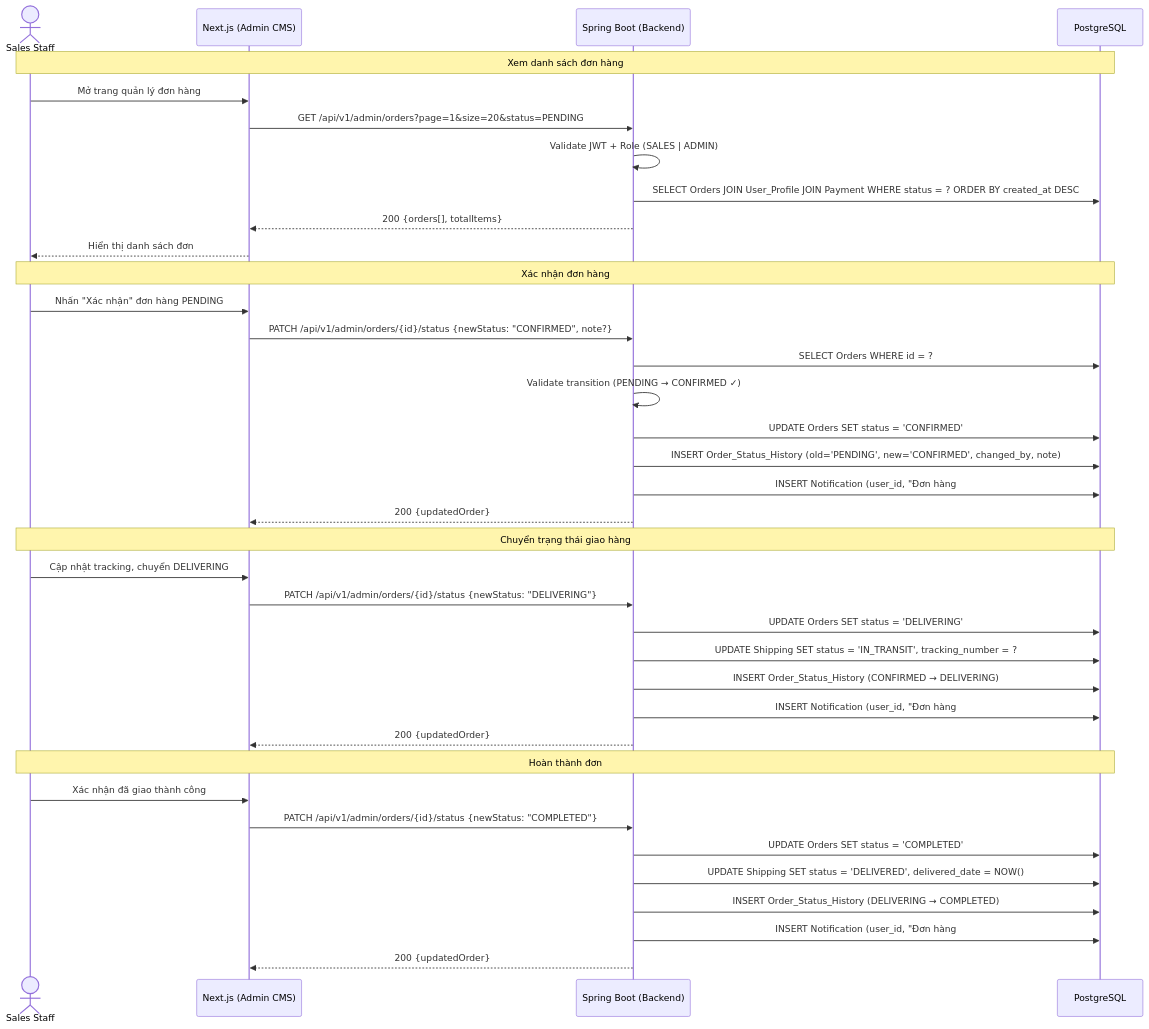
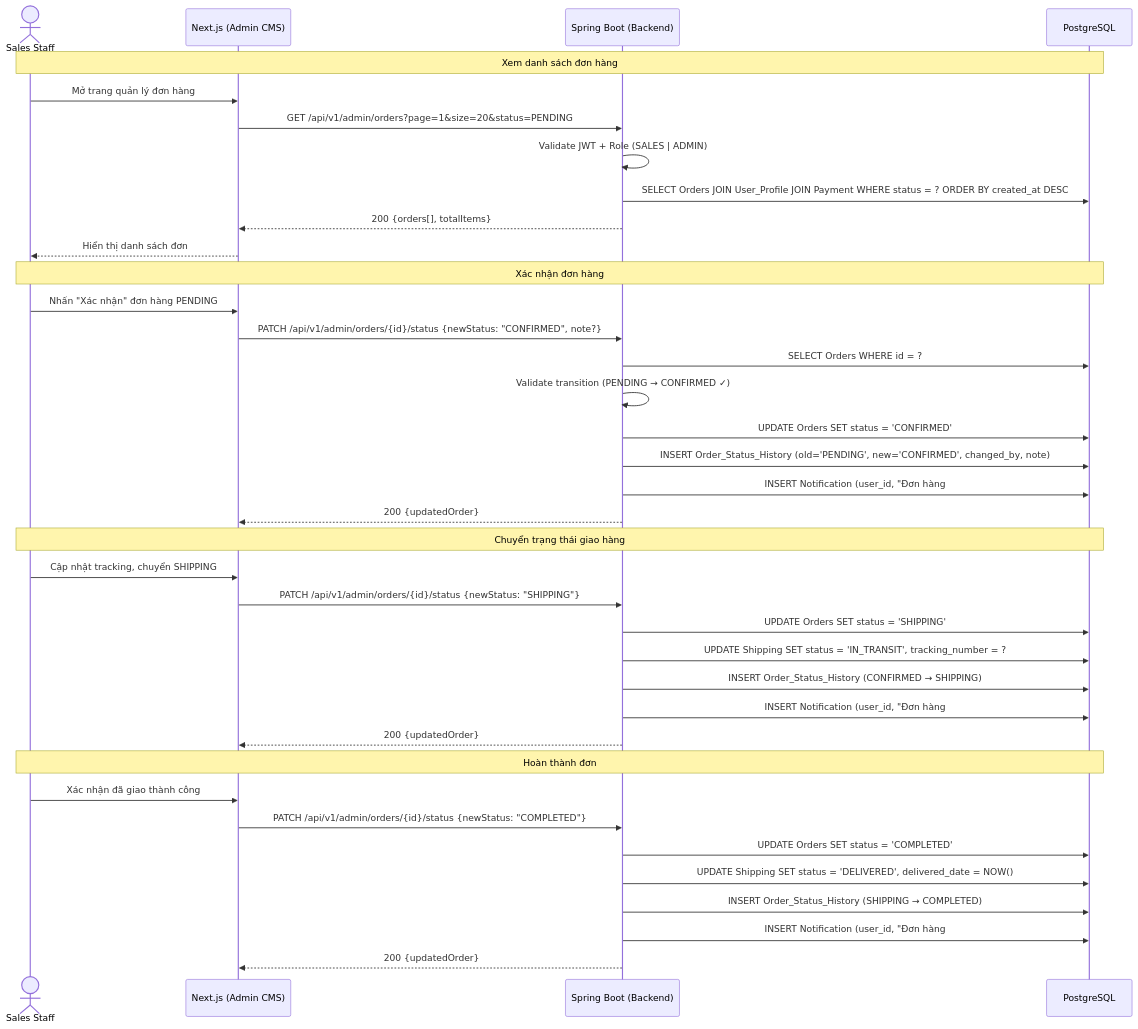
Before and after one commit to huuhieu56/PC-Parts-ECommerce: diagram 27 of 35 in docs/design.md, drawn with Mermaid. The commit also changed other lines of this file and 1 other file, not shown here.

````diff
--- a/docs/design.md
+++ b/docs/design.md
@@ -1595,43 +1586,43 @@
 ```mermaid
 sequenceDiagram
     actor Sales as Sales Staff
     participant FE as Next.js (Admin CMS)
     participant BE as Spring Boot (Backend)
     participant DB as PostgreSQL
 
     Note over Sales,DB: Xem danh sách đơn hàng
     Sales->>FE: Mở trang quản lý đơn hàng
     FE->>BE: GET /api/v1/admin/orders?page=1&size=20&status=PENDING
     BE->>BE: Validate JWT + Role (SALES | ADMIN)
     BE->>DB: SELECT Orders JOIN User_Profile JOIN Payment WHERE status = ? ORDER BY created_at DESC
     BE-->>FE: 200 {orders[], totalItems}
     FE-->>Sales: Hiển thị danh sách đơn
 
     Note over Sales,DB: Xác nhận đơn hàng
     Sales->>FE: Nhấn "Xác nhận" đơn hàng PENDING
     FE->>BE: PATCH /api/v1/admin/orders/{id}/status {newStatus: "CONFIRMED", note?}
     BE->>DB: SELECT Orders WHERE id = ?
     BE->>BE: Validate transition (PENDING → CONFIRMED ✓)
     BE->>DB: UPDATE Orders SET status = 'CONFIRMED'
     BE->>DB: INSERT Order_Status_History (old='PENDING', new='CONFIRMED', changed_by, note)
     BE->>DB: INSERT Notification (user_id, "Đơn hàng #id đã được xác nhận")
     BE-->>FE: 200 {updatedOrder}
 
     Note over Sales,DB: Chuyển trạng thái giao hàng
-    Sales->>FE: Cập nhật tracking, chuyển DELIVERING
-    FE->>BE: PATCH /api/v1/admin/orders/{id}/status {newStatus: "DELIVERING"}
-    BE->>DB: UPDATE Orders SET status = 'DELIVERING'
+    Sales->>FE: Cập nhật tracking, chuyển SHIPPING
+    FE->>BE: PATCH /api/v1/admin/orders/{id}/status {newStatus: "SHIPPING"}
+    BE->>DB: UPDATE Orders SET status = 'SHIPPING'
     BE->>DB: UPDATE Shipping SET status = 'IN_TRANSIT', tracking_number = ?
-    BE->>DB: INSERT Order_Status_History (CONFIRMED → DELIVERING)
+    BE->>DB: INSERT Order_Status_History (CONFIRMED → SHIPPING)
     BE->>DB: INSERT Notification (user_id, "Đơn hàng #id đang được giao")
     BE-->>FE: 200 {updatedOrder}
 
     Note over Sales,DB: Hoàn thành đơn
     Sales->>FE: Xác nhận đã giao thành công
     FE->>BE: PATCH /api/v1/admin/orders/{id}/status {newStatus: "COMPLETED"}
     BE->>DB: UPDATE Orders SET status = 'COMPLETED'
     BE->>DB: UPDATE Shipping SET status = 'DELIVERED', delivered_date = NOW()
-    BE->>DB: INSERT Order_Status_History (DELIVERING → COMPLETED)
+    BE->>DB: INSERT Order_Status_History (SHIPPING → COMPLETED)
     BE->>DB: INSERT Notification (user_id, "Đơn hàng #id đã giao thành công")
     BE-->>FE: 200 {updatedOrder}
 ```
````
